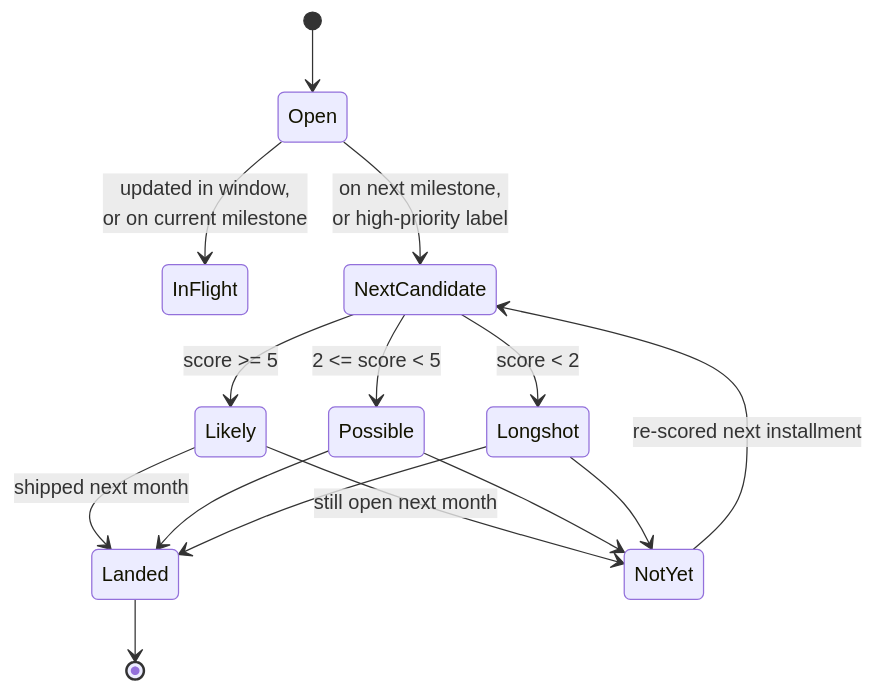
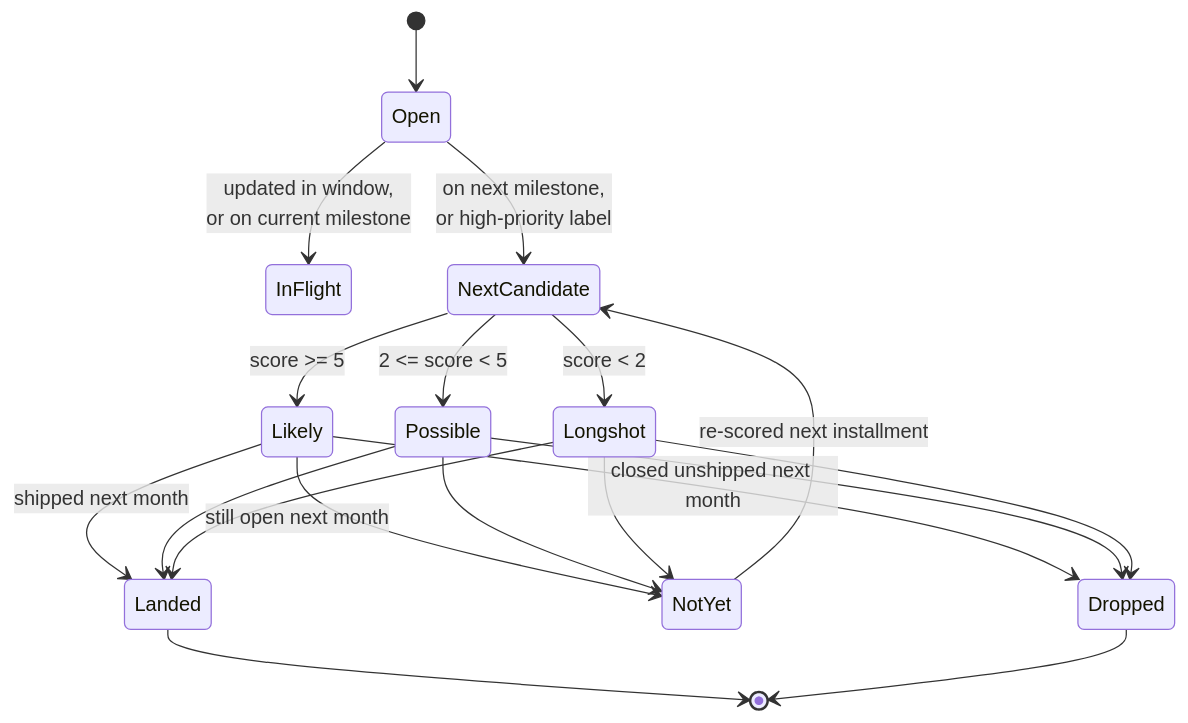
One commit to DamianFlynn/experiments changed the seventh of 8 diagrams in .claude/skills/activity-overview/docs/HLD.md. Above: the diagram before and after it, drawn with Mermaid. The commit also changed other lines of this file and 16 other files, not shown here.

````diff
--- a/.claude/skills/activity-overview/docs/HLD.md
+++ b/.claude/skills/activity-overview/docs/HLD.md
@@ -323,17 +326,21 @@
 ```mermaid
 stateDiagram-v2
   [*] --> Open
   Open --> InFlight: updated in window,<br/>or on current milestone
   Open --> NextCandidate: on next milestone,<br/>or high-priority label
   NextCandidate --> Likely: score >= 5
   NextCandidate --> Possible: 2 <= score < 5
   NextCandidate --> Longshot: score < 2
   Likely --> Landed: shipped next month
   Possible --> Landed
   Longshot --> Landed
   Likely --> NotYet: still open next month
   Possible --> NotYet
   Longshot --> NotYet
+  Likely --> Dropped: closed unshipped next month
+  Possible --> Dropped
+  Longshot --> Dropped
   Landed --> [*]
+  Dropped --> [*]
   NotYet --> NextCandidate: re-scored next installment
 ```
````
